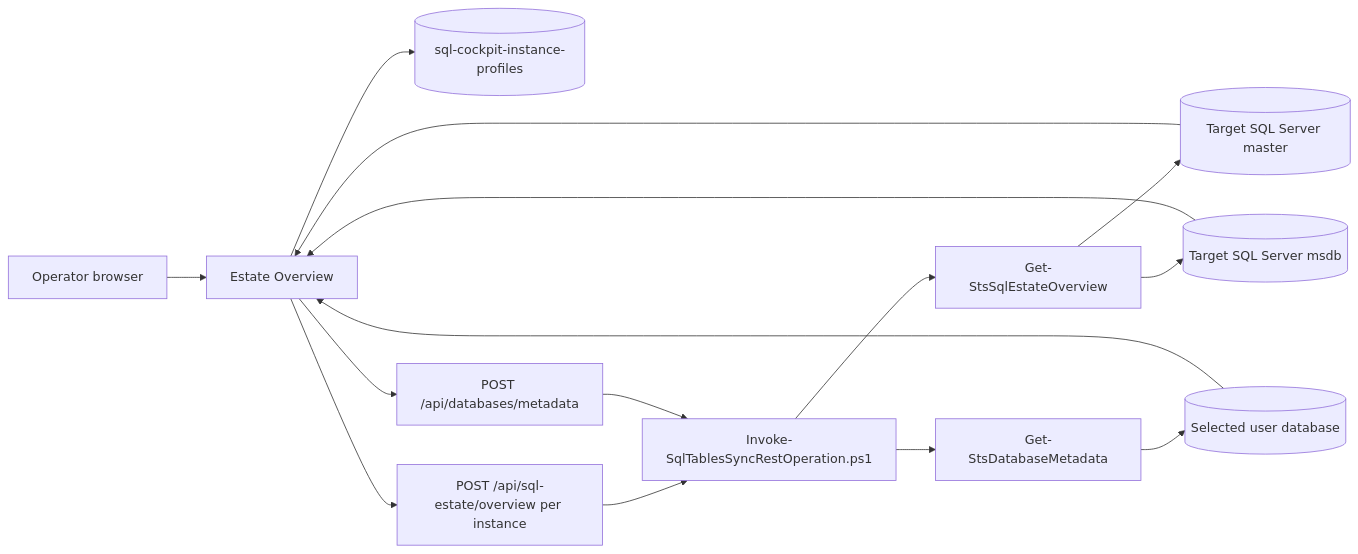
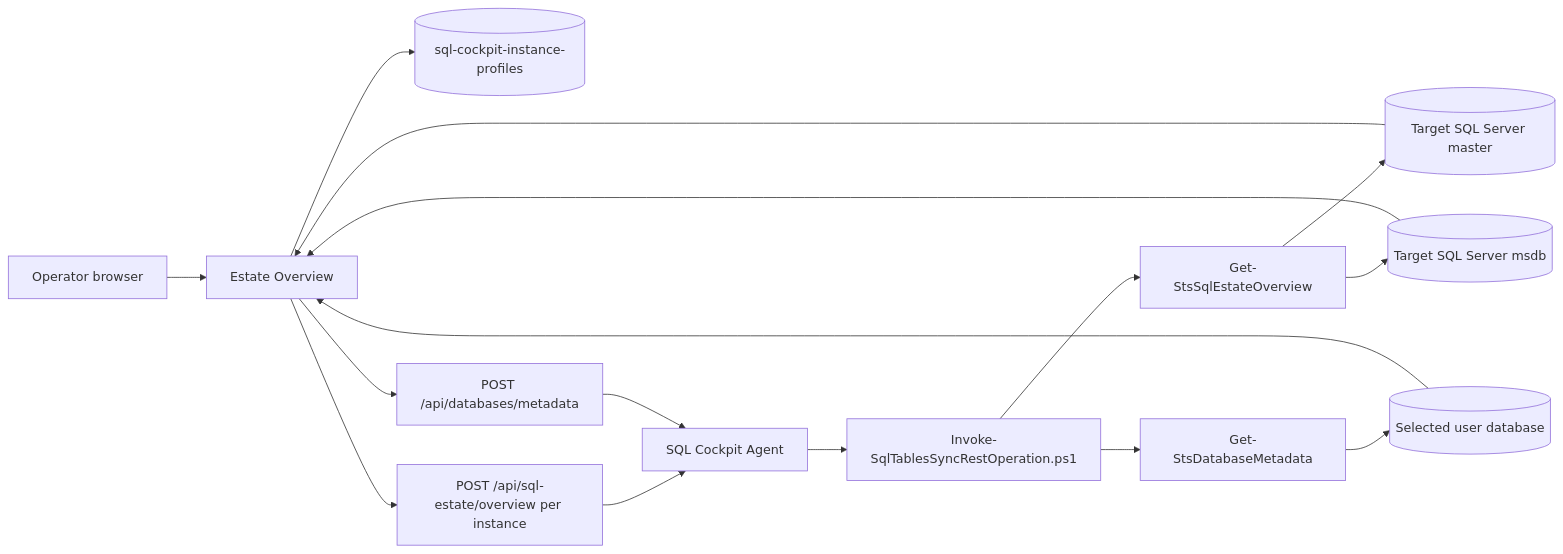
Before and after one commit to sql-cockpit/sql-cockpit-docs-source: the diagram in docs/operations/estate-overview.md, drawn with Mermaid. The commit also changed other lines of this file and 42 other files, not shown here.

````diff
--- a/docs/operations/estate-overview.md
+++ b/docs/operations/estate-overview.md
@@ -35,17 +37,18 @@
 ```mermaid
 flowchart LR
     Operator[Operator browser] --> EstateOverview[Estate Overview]
     EstateOverview --> InstanceVault[(sql-cockpit-instance-profiles)]
     EstateOverview --> Api[POST /api/sql-estate/overview per instance]
     EstateOverview --> MetadataApi[POST /api/databases/metadata]
-    Api --> Runner[Invoke-SqlTablesSyncRestOperation.ps1]
-    MetadataApi --> Runner
+    Api --> Agent[SQL Cockpit Agent]
+    MetadataApi --> Agent
+    Agent --> Runner[Invoke-SqlTablesSyncRestOperation.ps1]
     Runner --> Module[Get-StsSqlEstateOverview]
     Runner --> DatabaseModule[Get-StsDatabaseMetadata]
     Module --> Master[(Target SQL Server master)]
     Module --> Msdb[(Target SQL Server msdb)]
     DatabaseModule --> UserDatabase[(Selected user database)]
     Master --> EstateOverview
     Msdb --> EstateOverview
     UserDatabase --> EstateOverview
 ```
````
